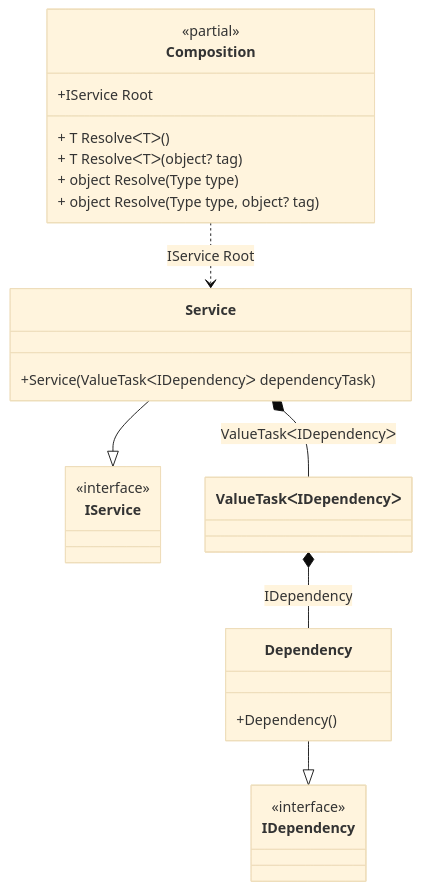
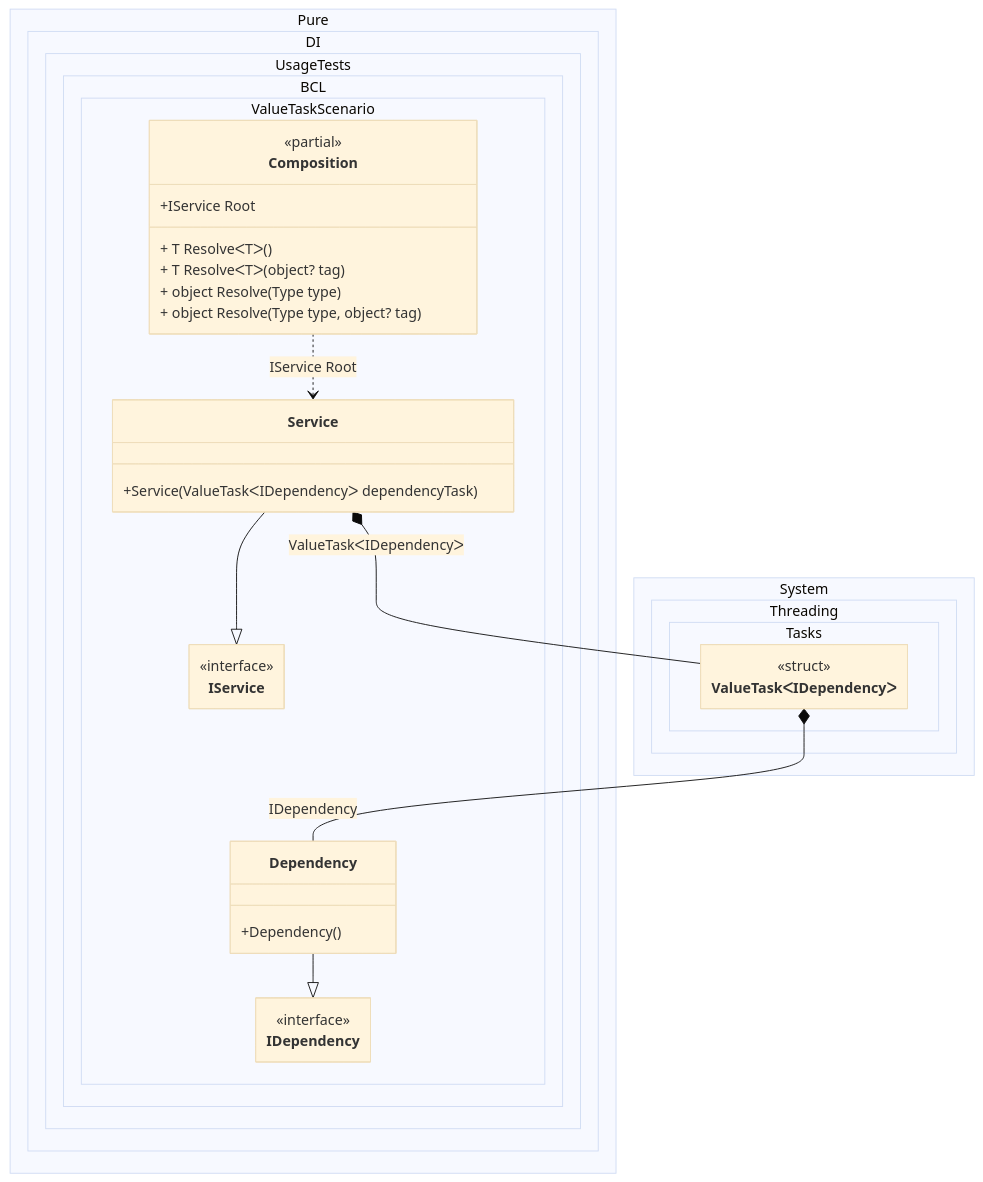
Before and after one commit to DevTeam/Pure.DI: the diagram in readme/valuetask.md, drawn with Mermaid (base theme). The commit also changed 103 other files, not shown here.

Commit message:
Improved class diagrams

````diff
--- a/readme/valuetask.md
+++ b/readme/valuetask.md
@@ -192,29 +192,40 @@
 ```mermaid
+---
+ config:
+  class:
+   hideEmptyMembersBox: true
+---
 classDiagram
-	class Composition {
+	Service --|> IService
+	Dependency --|> IDependency
+	Composition ..> Service : IService Root
+	Service *--  ValueTaskᐸIDependencyᐳ : ValueTaskᐸIDependencyᐳ
+	ValueTaskᐸIDependencyᐳ *--  Dependency : IDependency
+	namespace Pure.DI.UsageTests.BCL.ValueTaskScenario {
+		class Composition {
 		<<partial>>
 		+IService Root
 		+ T ResolveᐸTᐳ()
 		+ T ResolveᐸTᐳ(object? tag)
 		+ object Resolve(Type type)
 		+ object Resolve(Type type, object? tag)
+		}
+		class Dependency {
+			+Dependency()
+		}
+		class IDependency {
+			<<interface>>
+		}
+		class IService {
+			<<interface>>
+		}
+		class Service {
+			+Service(ValueTaskᐸIDependencyᐳ dependencyTask)
+		}
 	}
-	Service --|> IService
-	class Service {
-		+Service(ValueTaskᐸIDependencyᐳ dependencyTask)
+	namespace System.Threading.Tasks {
+		class ValueTaskᐸIDependencyᐳ {
+				<<struct>>
+		}
 	}
-	class ValueTaskᐸIDependencyᐳ
-	Dependency --|> IDependency
-	class Dependency {
-		+Dependency()
-	}
-	class IService {
-		<<interface>>
-	}
-	class IDependency {
-		<<interface>>
-	}
-	Composition ..> Service : IService Root
-	Service *--  ValueTaskᐸIDependencyᐳ : ValueTaskᐸIDependencyᐳ
-	ValueTaskᐸIDependencyᐳ *--  Dependency : IDependency
 ```
````
